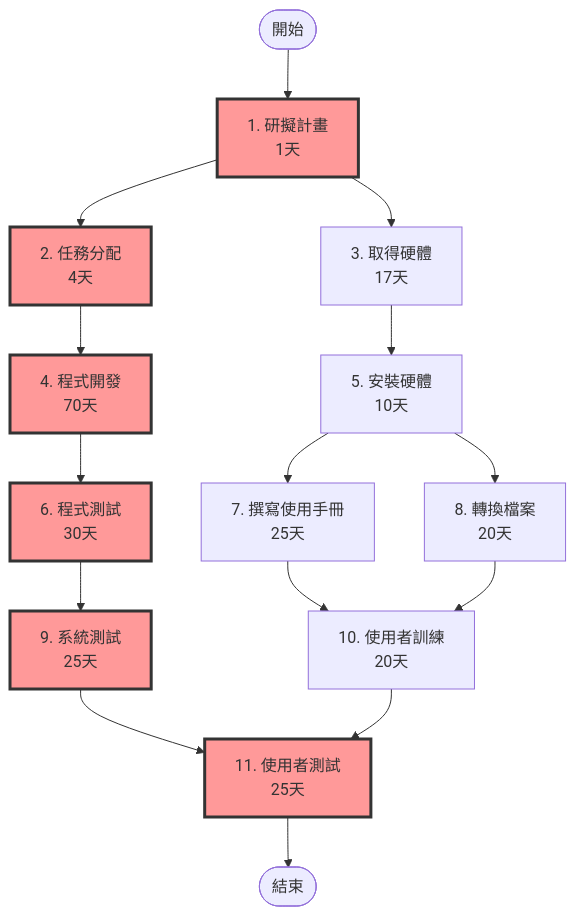
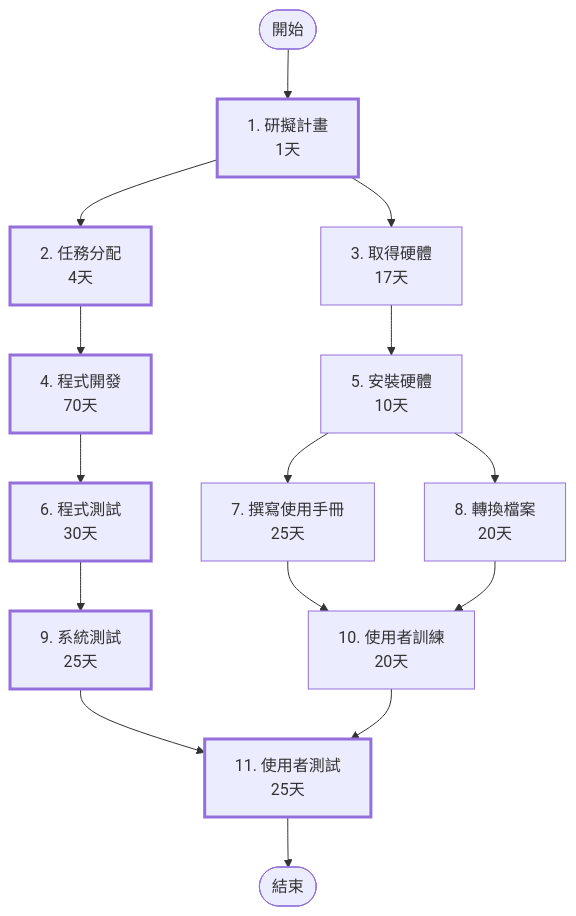
The first of 2 diagrams in hw2.md (c112118220-system/114-b), drawn with Mermaid before and after one commit.

````diff
--- a/hw2.md
+++ b/hw2.md
@@ -20,20 +20,20 @@
 ```mermaid
 graph TD
     Start([開始]) --> T1[1. 研擬計畫<br/>1天]
     T1 --> T2[2. 任務分配<br/>4天]
     T1 --> T3[3. 取得硬體<br/>17天]
     T2 --> T4[4. 程式開發<br/>70天]
     T3 --> T5[5. 安裝硬體<br/>10天]
     T4 --> T6[6. 程式測試<br/>30天]
     T5 --> T7[7. 撰寫使用手冊<br/>25天]
     T5 --> T8[8. 轉換檔案<br/>20天]
     T6 --> T9[9. 系統測試<br/>25天]
     T7 --> T10[10. 使用者訓練<br/>20天]
     T8 --> T10
     T9 --> T11[11. 使用者測試<br/>25天]
     T10 --> T11
     T11 --> End([結束])
     
-    classDef critical fill:#ff9999,stroke:#333,stroke-width:3px
+    classDef critical fill:#fd1800stroke:#333,stroke-width:3px
     class T1,T2,T4,T6,T9,T11 critical
 ```
````
